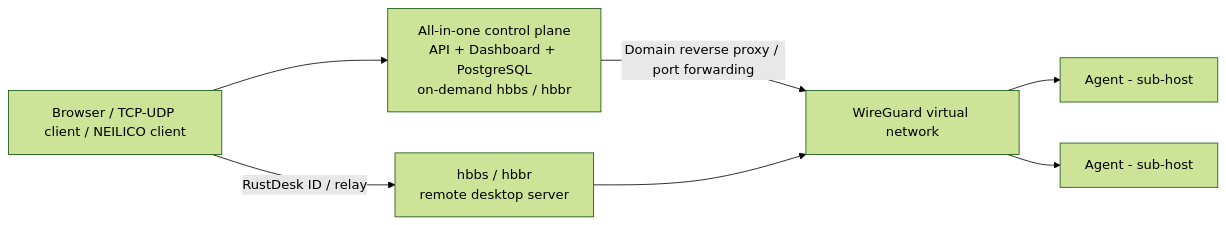
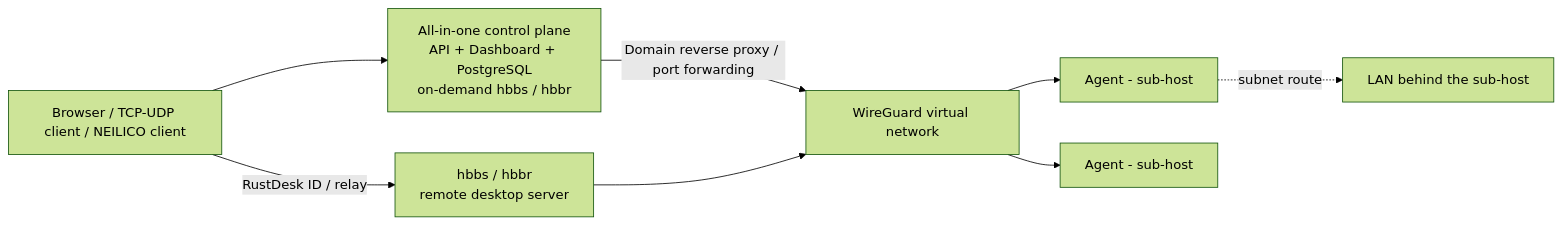
Before and after one commit to aceneil/neilico: the diagram in README.md, drawn with Mermaid (forest theme). The commit also changed other lines of this file and 1 other file, not shown here.

Commit message:
docs: restructure READMEs and explain Mesh / subnet routes / tunnel capabilities

````diff
--- a/README.md
+++ b/README.md
@@ -11,9 +36,10 @@
 ```mermaid
 flowchart LR
   U[Browser / TCP-UDP client / NEILICO client] --> C[All-in-one control plane<br/>API + Dashboard + PostgreSQL<br/>on-demand hbbs / hbbr]
   C -->|Domain reverse proxy / port forwarding| W[WireGuard virtual network]
   W --> A1[Agent - sub-host]
   W --> A2[Agent - sub-host]
+  A1 -.subnet route.-> L1[LAN behind the sub-host]
   U -->|RustDesk ID / relay| R[hbbs / hbbr<br/>remote desktop server]
   R --> W
 ```
````
